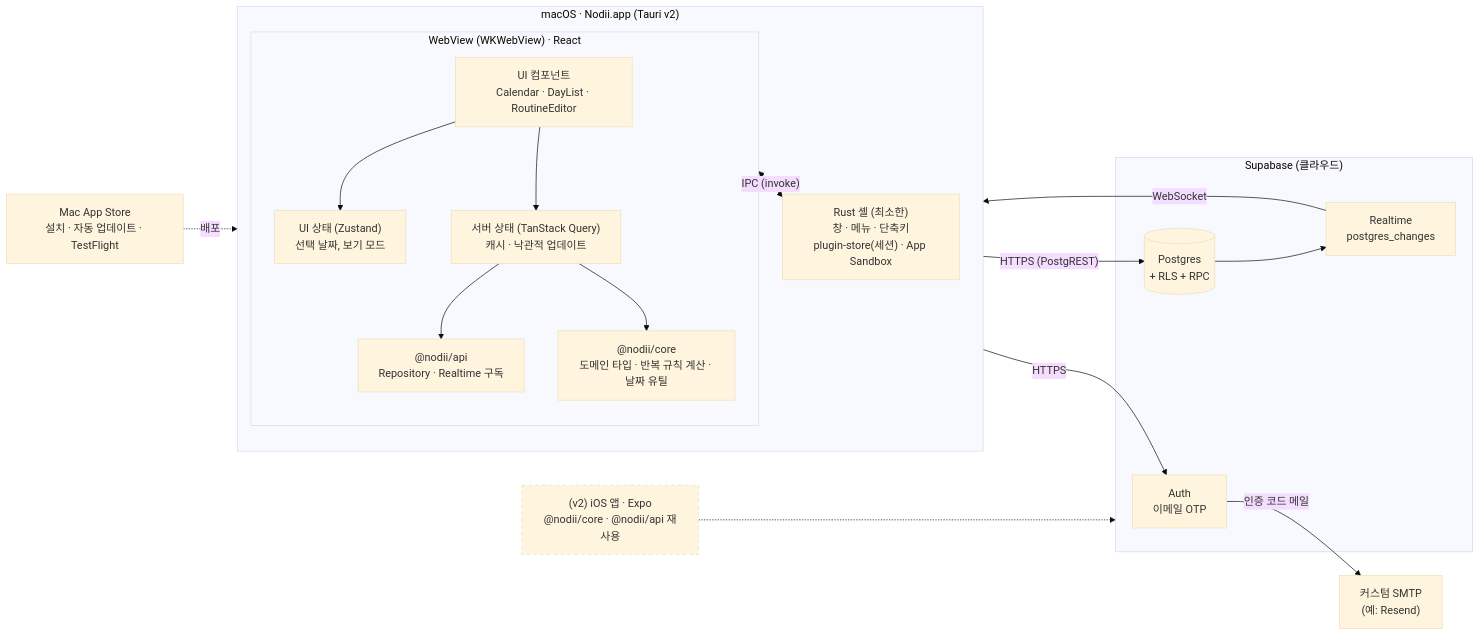
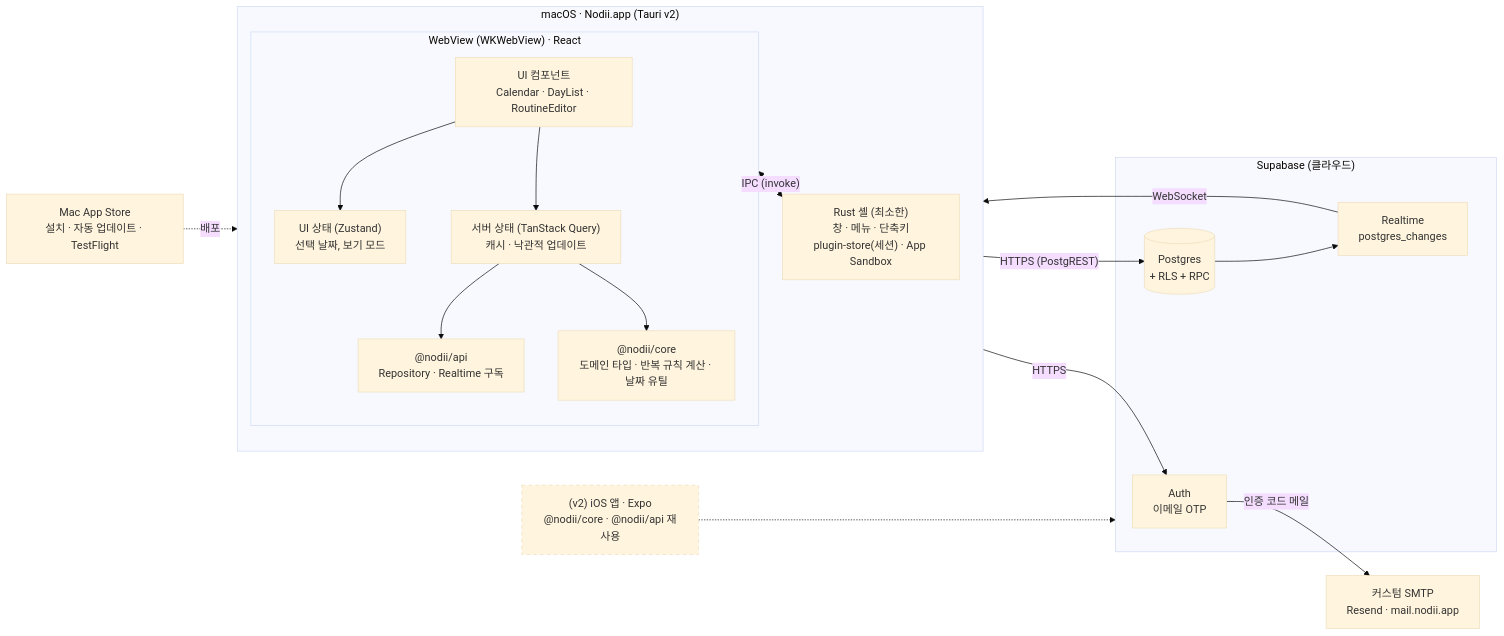
Before and after one commit to anderpudding/nodii: the first of 5 diagrams in docs/02-system-design.md, drawn with Mermaid (base theme). The commit also changed other lines of this file and 9 other files, not shown here.

````diff
--- a/docs/02-system-design.md
+++ b/docs/02-system-design.md
@@ -13,38 +15,38 @@
 ```mermaid
 flowchart LR
   subgraph Mac["macOS · Nodii.app (Tauri v2)"]
     direction TB
     subgraph WebView["WebView (WKWebView) · React"]
       UI["UI 컴포넌트<br/>Calendar · DayList · RoutineEditor"]
       UIState["UI 상태 (Zustand)<br/>선택 날짜, 보기 모드"]
       Query["서버 상태 (TanStack Query)<br/>캐시 · 낙관적 업데이트"]
       Core["@nodii/core<br/>도메인 타입 · 반복 규칙 계산 · 날짜 유틸"]
       Api["@nodii/api<br/>Repository · Realtime 구독"]
       UI --> UIState
       UI --> Query --> Api
       Query --> Core
     end
     Rust["Rust 셸 (최소한)<br/>창 · 메뉴 · 단축키<br/>plugin-store(세션) · App Sandbox"]
     WebView <-->|"IPC (invoke)"| Rust
   end
 
   subgraph Supabase["Supabase (클라우드)"]
     Auth["Auth<br/>이메일 OTP"]
     PG[("Postgres<br/>+ RLS + RPC")]
     RT["Realtime<br/>postgres_changes"]
     PG --> RT
   end
 
-  SMTP["커스텀 SMTP<br/>(예: Resend)"]
+  SMTP["커스텀 SMTP<br/>Resend · mail.nodii.app"]
   Auth -- "인증 코드 메일" --> SMTP
   Store["Mac App Store<br/>설치 · 자동 업데이트 · TestFlight"]
   Store -. "배포" .-> Mac
 
   Api -- "HTTPS (PostgREST)" --> PG
   Api -- "HTTPS" --> Auth
   RT -- "WebSocket" --> Api
 
   Mobile["(v2) iOS 앱 · Expo<br/>@nodii/core · @nodii/api 재사용"]:::future
   Mobile -.-> Supabase
   classDef future stroke-dasharray: 5 5
 ```
````
